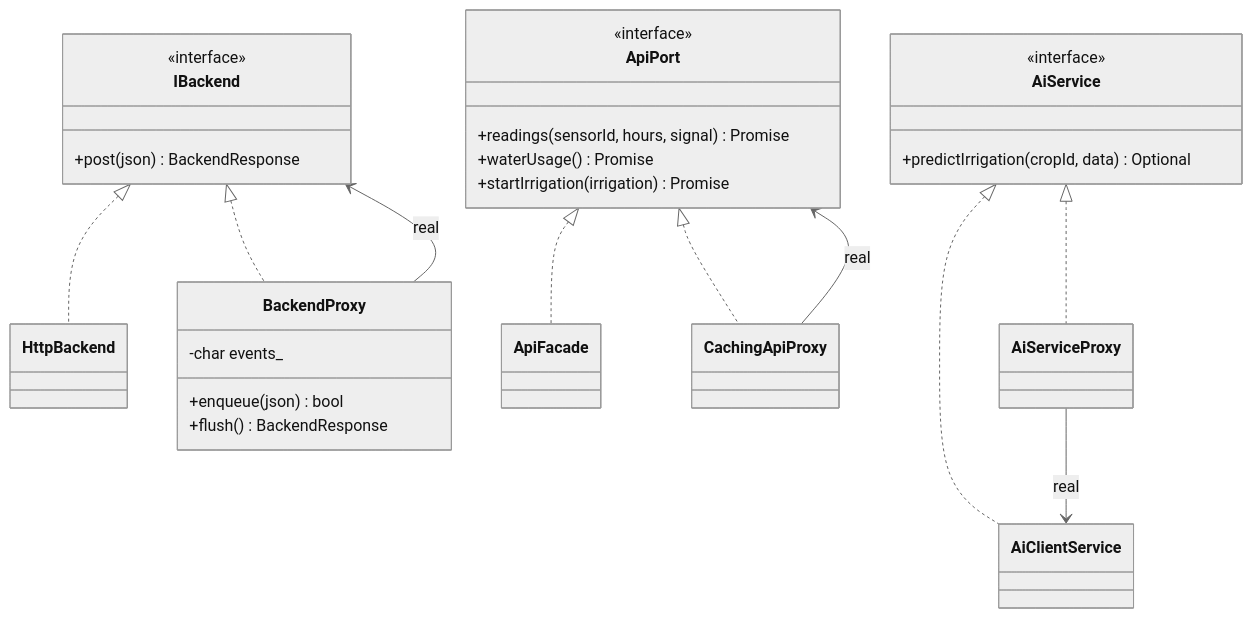
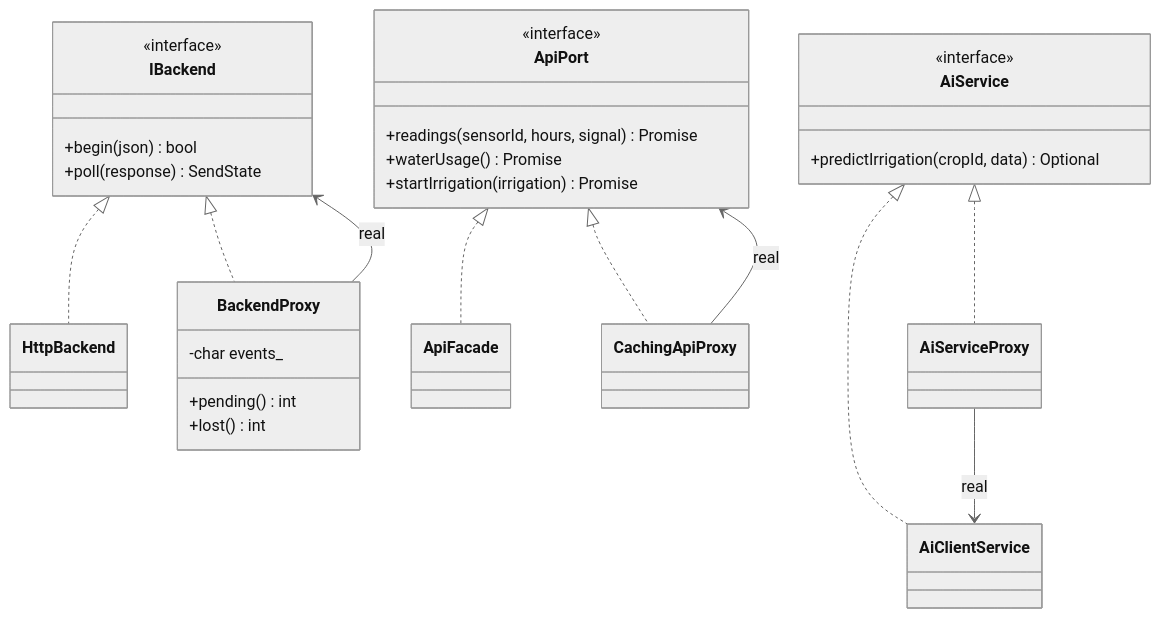
Diagram 11 of 11 in docs/PATRONES.md (WilliamChavez-Grupo2b/BACKEND-AGROSENSE), drawn with Mermaid (neutral theme) before and after one commit. The commit also changed other lines of this file and 5 other files, not shown here.

First line of the commit message:
docs: add the main README, the demo plan and the final architecture, and bring the patterns up to date

````diff
--- a/docs/PATRONES.md
+++ b/docs/PATRONES.md
@@ -468,38 +484,39 @@
 ```mermaid
 classDiagram
     class IBackend {
         <<interface>>
-        +post(json) BackendResponse
+        +begin(json) bool
+        +poll(response) SendState
     }
     class HttpBackend
     class BackendProxy {
         -char events_
-        +enqueue(json) bool
-        +flush() BackendResponse
+        +pending() int
+        +lost() int
     }
     IBackend <|.. HttpBackend
     IBackend <|.. BackendProxy
     BackendProxy --> IBackend : real
 
     class ApiPort {
         <<interface>>
         +readings(sensorId, hours, signal) Promise
         +waterUsage() Promise
         +startIrrigation(irrigation) Promise
     }
     class ApiFacade
     class CachingApiProxy
     ApiPort <|.. ApiFacade
     ApiPort <|.. CachingApiProxy
     CachingApiProxy --> ApiPort : real
 
     class AiService {
         <<interface>>
         +predictIrrigation(cropId, data) Optional
     }
     class AiClientService
     class AiServiceProxy
     AiService <|.. AiClientService
     AiService <|.. AiServiceProxy
     AiServiceProxy --> AiClientService : real
 ```
````
